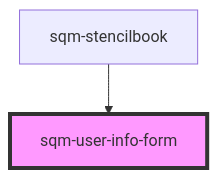
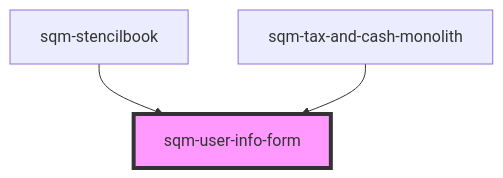
The diagram in packages/mint-components/src/components/tax-and-cash/sqm-user-info-form/readme.md (saasquatch/program-tools), drawn with Mermaid before and after one commit. The commit also changed other lines of this file and 11 other files, not shown here.

Commit message:
monolith tax and cash component

````diff
--- a/packages/mint-components/src/components/tax-and-cash/sqm-user-info-form/readme.md
+++ b/packages/mint-components/src/components/tax-and-cash/sqm-user-info-form/readme.md
@@ -46,5 +47,6 @@
 ```mermaid
 graph TD;
   sqm-stencilbook --> sqm-user-info-form
+  sqm-tax-and-cash-monolith --> sqm-user-info-form
   style sqm-user-info-form fill:#f9f,stroke:#333,stroke-width:4px
 ```
````
